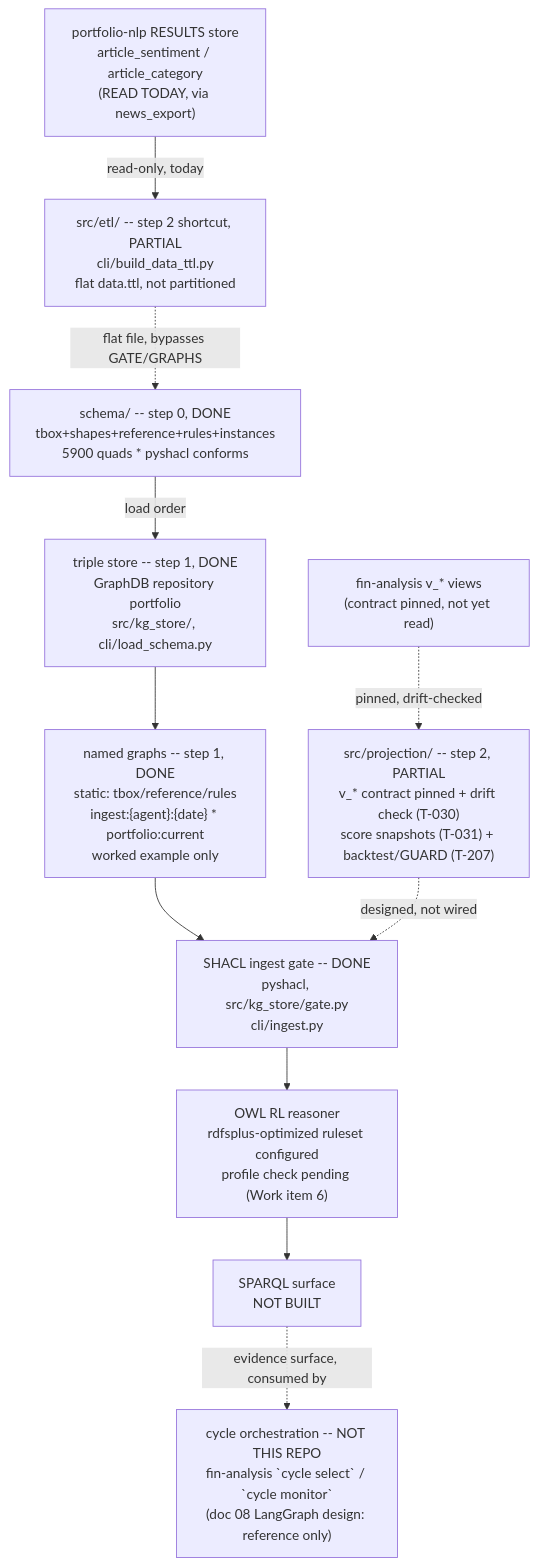
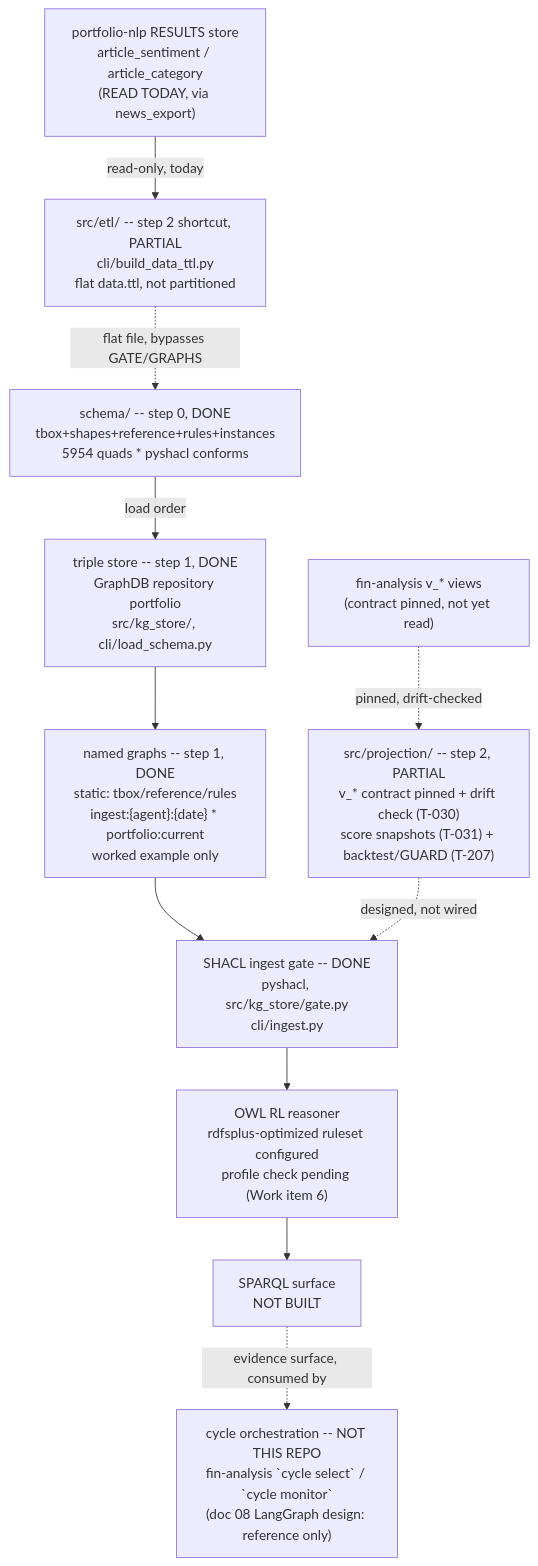
Before and after one commit to gamug/portfolio-knowledge-graph: the diagram in .specify/memory/SPEC.md, drawn with Mermaid. The commit also changed other lines of this file and 10 other files, not shown here.

````diff
--- a/.specify/memory/SPEC.md
+++ b/.specify/memory/SPEC.md
@@ -1027,22 +1027,22 @@
 ```mermaid
 flowchart TB
-    SCHEMA["schema/ -- step 0, DONE<br/>tbox+shapes+reference+rules+instances<br/>5900 quads * pyshacl conforms"]
+    SCHEMA["schema/ -- step 0, DONE<br/>tbox+shapes+reference+rules+instances<br/>5954 quads * pyshacl conforms"]
     STORE["triple store -- step 1, DONE<br/>GraphDB repository portfolio<br/>src/kg_store/, cli/load_schema.py"]
     GRAPHS["named graphs -- step 1, DONE<br/>static: tbox/reference/rules<br/>ingest:{agent}:{date} * portfolio:current<br/>worked example only"]
     GATE["SHACL ingest gate -- DONE<br/>pyshacl, src/kg_store/gate.py<br/>cli/ingest.py"]
     PROJ["src/projection/ -- step 2, PARTIAL<br/>v_* contract pinned + drift check (T-030)<br/>score snapshots (T-031) + backtest/GUARD (T-207)"]
     FIN["fin-analysis v_* views<br/>(contract pinned, not yet read)"]
     NLPRES["portfolio-nlp RESULTS store<br/>article_sentiment / article_category<br/>(READ TODAY, via news_export)"]
     ETL["src/etl/ -- step 2 shortcut, PARTIAL<br/>cli/build_data_ttl.py<br/>flat data.ttl, not partitioned"]
     REASON["OWL RL reasoner<br/>rdfsplus-optimized ruleset configured<br/>profile check pending (Work item 6)"]
     SPARQL["SPARQL surface<br/>NOT BUILT"]
     AGENTS["cycle orchestration -- NOT THIS REPO<br/>fin-analysis `cycle select` / `cycle monitor`<br/>(doc 08 LangGraph design: reference only)"]
 
     SCHEMA -->|load order| STORE --> GRAPHS --> GATE
     FIN -.->|pinned, drift-checked| PROJ
     PROJ -.->|designed, not wired| GATE
     NLPRES -->|read-only, today| ETL
     ETL -.->|flat file, bypasses GATE/GRAPHS| SCHEMA
     GATE --> REASON --> SPARQL
     SPARQL -.->|evidence surface, consumed by| AGENTS
 ```
````
